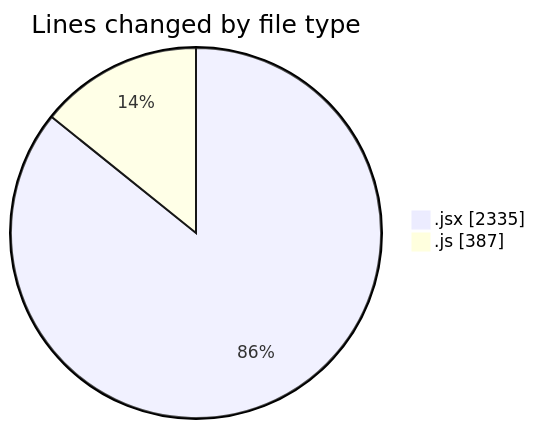
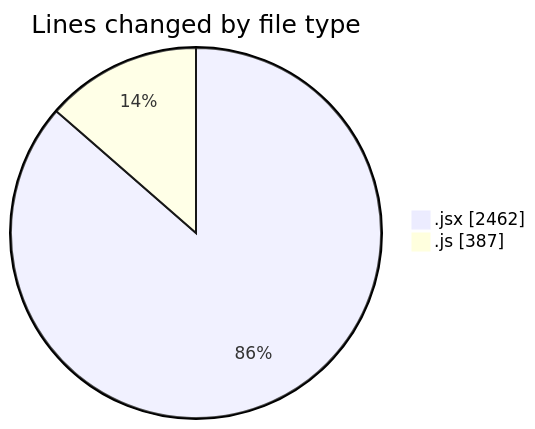
One commit to nxtqubesakshisongat/code-tracking changed the first of 2 diagrams in 2025-05-09/argos-dev/README.md. Above: the diagram before and after it, drawn with Mermaid. The commit also changed other lines of this file and 1 other file, not shown here.

````diff
--- a/2025-05-09/argos-dev/README.md
+++ b/2025-05-09/argos-dev/README.md
@@ -24,6 +24,6 @@
 ```mermaid
 pie showData
 title Lines changed by file type
-".jsx" : 2335
+".jsx" : 2462
 ".js" : 387
 ```
````
